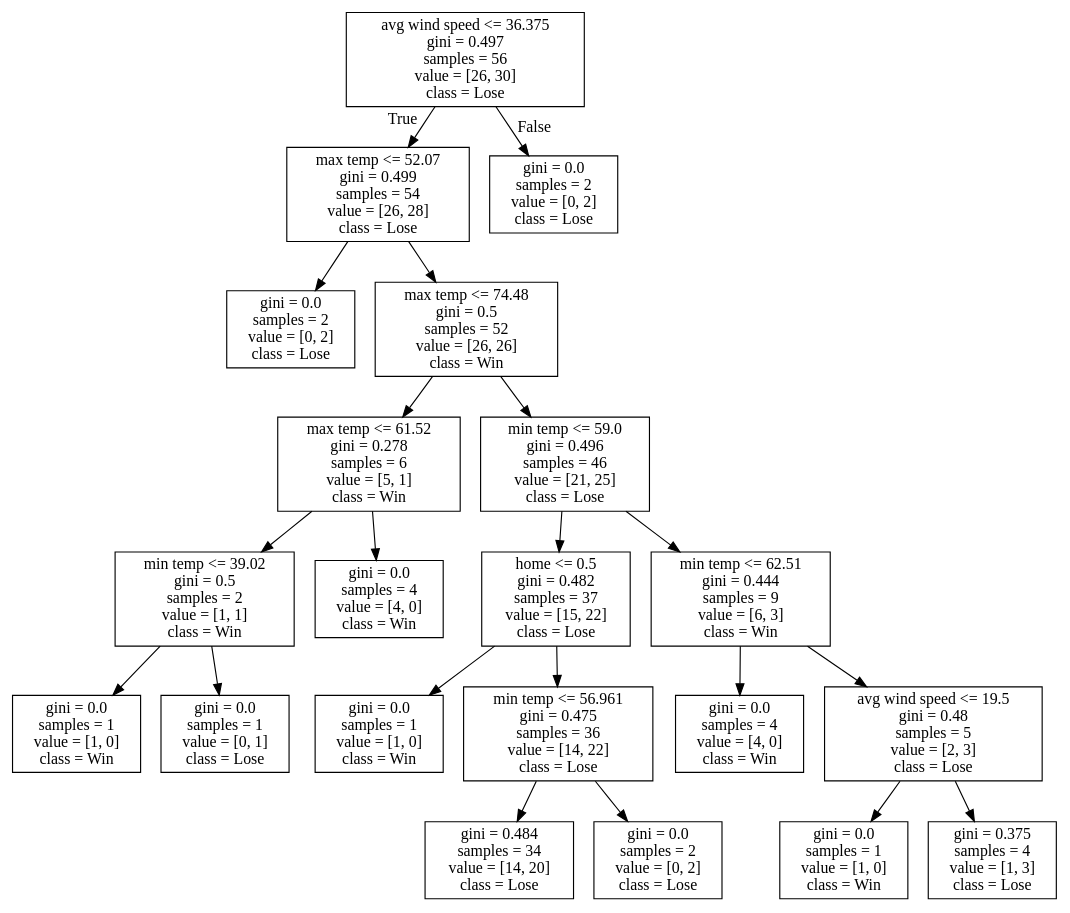
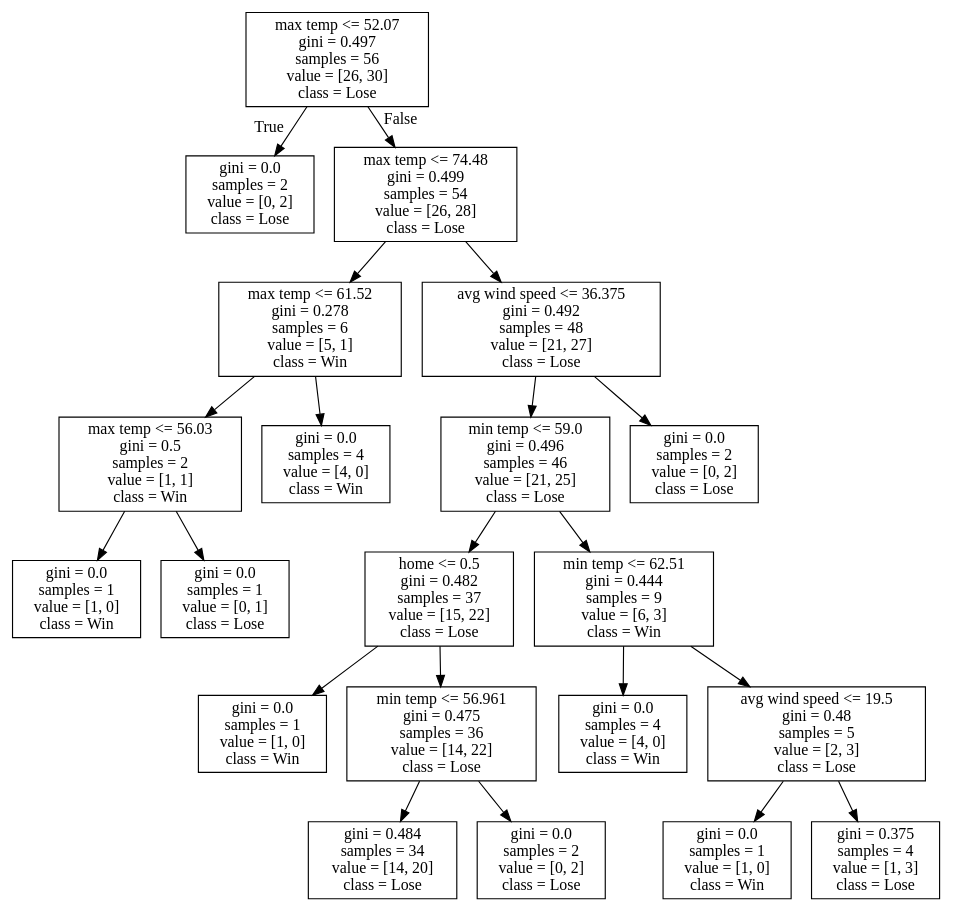
Before and after one commit to alexana-steck/CSE482Project: the diagram in DecisionTrees/decision_tree_no_score_or_attendance4.dot, drawn with Graphviz. The commit also changed 236 other files, not shown here.

```diff
--- a/DecisionTrees/decision_tree_no_score_or_attendance4.dot
+++ b/DecisionTrees/decision_tree_no_score_or_attendance4.dot
@@ -1,44 +1,44 @@
 digraph Tree {
 node [shape=box] ;
-0 [label="avg wind speed <= 36.375\ngini = 0.497\nsamples = 56\nvalue = [26, 30]\nclass = Lose"] ;
-1 [label="max temp <= 52.07\ngini = 0.499\nsamples = 54\nvalue = [26, 28]\nclass = Lose"] ;
+0 [label="max temp <= 52.07\ngini = 0.497\nsamples = 56\nvalue = [26, 30]\nclass = Lose"] ;
+1 [label="gini = 0.0\nsamples = 2\nvalue = [0, 2]\nclass = Lose"] ;
 0 -> 1 [labeldistance=2.5, labelangle=45, headlabel="True"] ;
-2 [label="gini = 0.0\nsamples = 2\nvalue = [0, 2]\nclass = Lose"] ;
-1 -> 2 ;
-3 [label="max temp <= 74.48\ngini = 0.5\nsamples = 52\nvalue = [26, 26]\nclass = Win"] ;
-1 -> 3 ;
-4 [label="max temp <= 61.52\ngini = 0.278\nsamples = 6\nvalue = [5, 1]\nclass = Win"] ;
+2 [label="max temp <= 74.48\ngini = 0.499\nsamples = 54\nvalue = [26, 28]\nclass = Lose"] ;
+0 -> 2 [labeldistance=2.5, labelangle=-45, headlabel="False"] ;
+3 [label="max temp <= 61.52\ngini = 0.278\nsamples = 6\nvalue = [5, 1]\nclass = Win"] ;
+2 -> 3 ;
+4 [label="max temp <= 56.03\ngini = 0.5\nsamples = 2\nvalue = [1, 1]\nclass = Win"] ;
 3 -> 4 ;
-5 [label="min temp <= 39.02\ngini = 0.5\nsamples = 2\nvalue = [1, 1]\nclass = Win"] ;
+5 [label="gini = 0.0\nsamples = 1\nvalue = [1, 0]\nclass = Win"] ;
 4 -> 5 ;
-6 [label="gini = 0.0\nsamples = 1\nvalue = [1, 0]\nclass = Win"] ;
-5 -> 6 ;
-7 [label="gini = 0.0\nsamples = 1\nvalue = [0, 1]\nclass = Lose"] ;
-5 -> 7 ;
-8 [label="gini = 0.0\nsamples = 4\nvalue = [4, 0]\nclass = Win"] ;
-4 -> 8 ;
+6 [label="gini = 0.0\nsamples = 1\nvalue = [0, 1]\nclass = Lose"] ;
+4 -> 6 ;
+7 [label="gini = 0.0\nsamples = 4\nvalue = [4, 0]\nclass = Win"] ;
+3 -> 7 ;
+8 [label="avg wind speed <= 36.375\ngini = 0.492\nsamples = 48\nvalue = [21, 27]\nclass = Lose"] ;
+2 -> 8 ;
 9 [label="min temp <= 59.0\ngini = 0.496\nsamples = 46\nvalue = [21, 25]\nclass = Lose"] ;
-3 -> 9 ;
+8 -> 9 ;
 10 [label="home <= 0.5\ngini = 0.482\nsamples = 37\nvalue = [15, 22]\nclass = Lose"] ;
 9 -> 10 ;
 11 [label="gini = 0.0\nsamples = 1\nvalue = [1, 0]\nclass = Win"] ;
 10 -> 11 ;
 12 [label="min temp <= 56.961\ngini = 0.475\nsamples = 36\nvalue = [14, 22]\nclass = Lose"] ;
 10 -> 12 ;
 13 [label="gini = 0.484\nsamples = 34\nvalue = [14, 20]\nclass = Lose"] ;
 12 -> 13 ;
 14 [label="gini = 0.0\nsamples = 2\nvalue = [0, 2]\nclass = Lose"] ;
 12 -> 14 ;
 15 [label="min temp <= 62.51\ngini = 0.444\nsamples = 9\nvalue = [6, 3]\nclass = Win"] ;
 9 -> 15 ;
 16 [label="gini = 0.0\nsamples = 4\nvalue = [4, 0]\nclass = Win"] ;
 15 -> 16 ;
 17 [label="avg wind speed <= 19.5\ngini = 0.48\nsamples = 5\nvalue = [2, 3]\nclass = Lose"] ;
 15 -> 17 ;
 18 [label="gini = 0.0\nsamples = 1\nvalue = [1, 0]\nclass = Win"] ;
 17 -> 18 ;
 19 [label="gini = 0.375\nsamples = 4\nvalue = [1, 3]\nclass = Lose"] ;
 17 -> 19 ;
 20 [label="gini = 0.0\nsamples = 2\nvalue = [0, 2]\nclass = Lose"] ;
-0 -> 20 [labeldistance=2.5, labelangle=-45, headlabel="False"] ;
+8 -> 20 ;
 }
```
